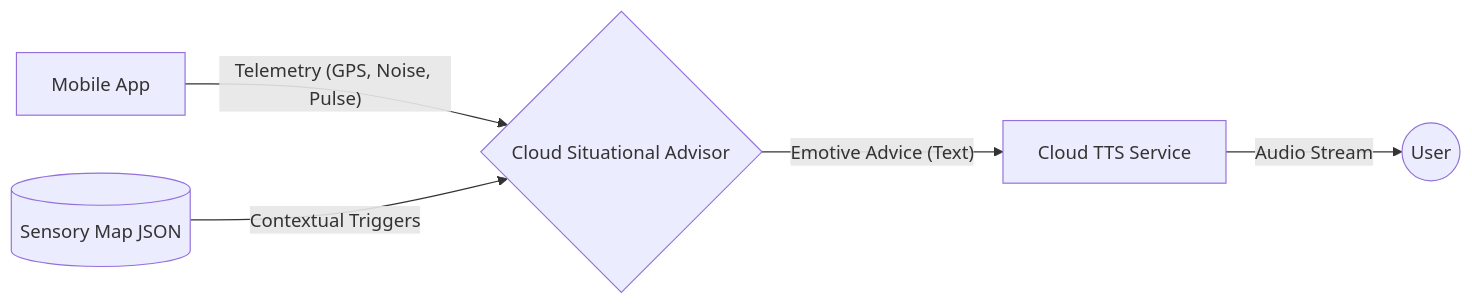
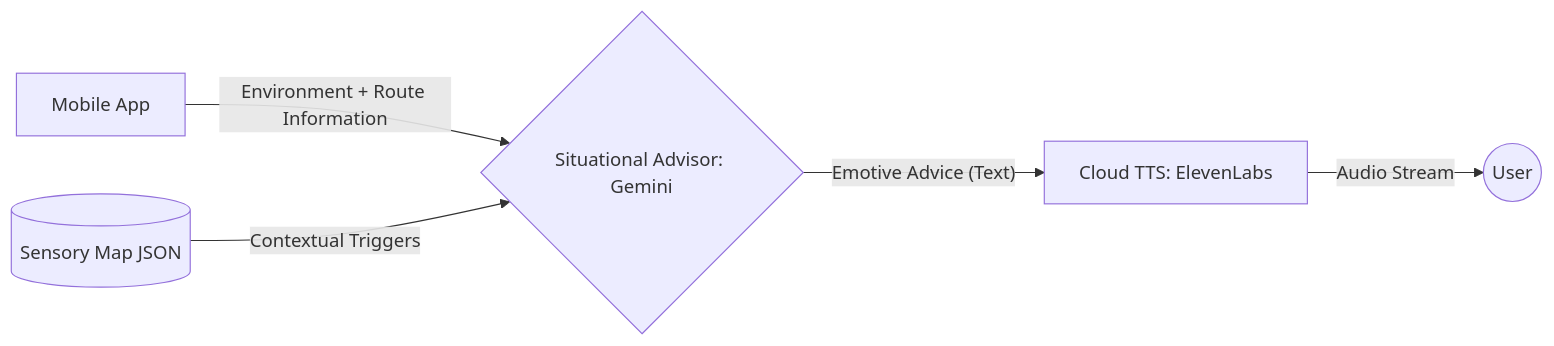
One commit to keiseiisobe/pocket-secure-base changed the diagram in docs/server/SITUATIONAL_ADVISOR.md. Above: the diagram before and after it, drawn with Mermaid. The commit also changed other lines of this file and 8 other files, not shown here.

````diff
--- a/docs/server/SITUATIONAL_ADVISOR.md
+++ b/docs/server/SITUATIONAL_ADVISOR.md
@@ -13,7 +13,7 @@
 ```mermaid
 graph LR
-    App[Mobile App] -- "Telemetry (GPS, Noise, Pulse)" --> Advisor{Cloud Situational Advisor}
+    App[Mobile App] -- "Environment + Route Information" --> Advisor{Situational Advisor: Gemini}
     Map[(Sensory Map JSON)] -- "Contextual Triggers" --> Advisor
-    Advisor -- "Emotive Advice (Text)" --> TTS[Cloud TTS Service]
+    Advisor -- "Emotive Advice (Text)" --> TTS[Cloud TTS: ElevenLabs]
     TTS -- "Audio Stream" --> User((User))
 ```
````
